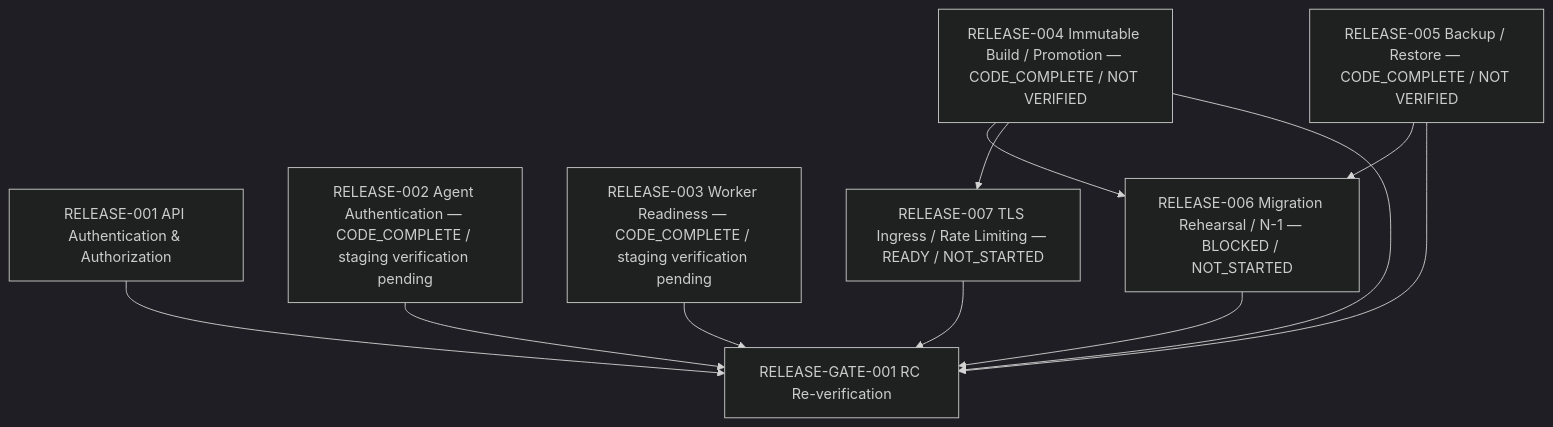
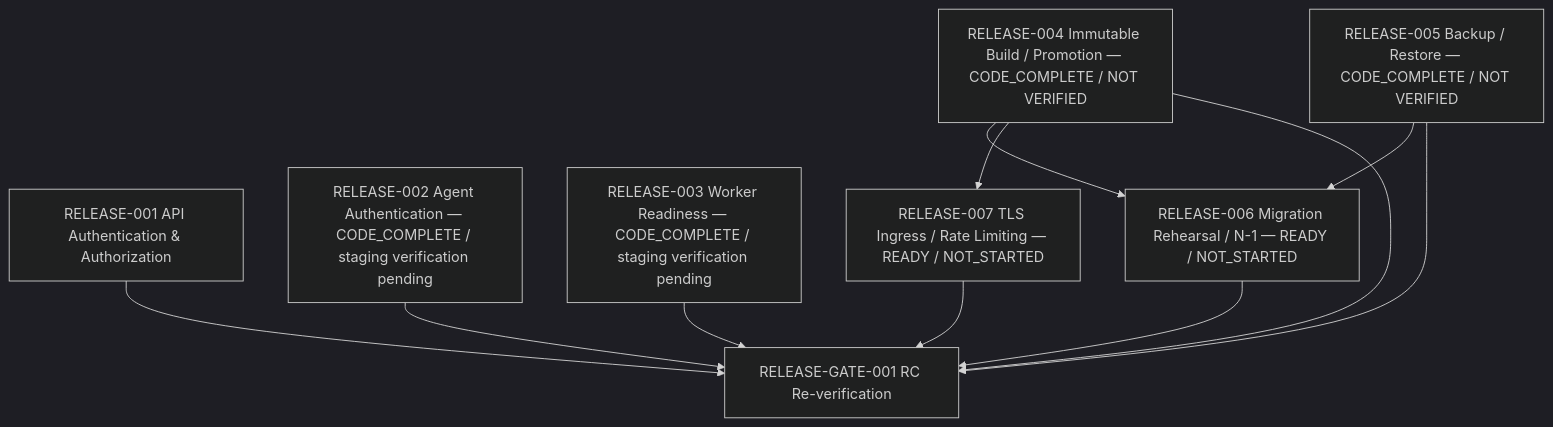
Before and after one commit to duclee9x/itcenter: the diagram in docs/release/RELEASE_DEPENDENCY_GRAPH.md, drawn with Mermaid (dark theme). The commit also changed other lines of this file and 9 other files, not shown here.

Commit message:
Complete RELEASE-006 migration compatibility contract

````diff
--- a/docs/release/RELEASE_DEPENDENCY_GRAPH.md
+++ b/docs/release/RELEASE_DEPENDENCY_GRAPH.md
@@ -6,23 +6,23 @@
 ```mermaid
 flowchart TD
   R001[RELEASE-001 API Authentication & Authorization]
   R002[RELEASE-002 Agent Authentication — CODE_COMPLETE / staging verification pending]
   R003[RELEASE-003 Worker Readiness — CODE_COMPLETE / staging verification pending]
   R004[RELEASE-004 Immutable Build / Promotion — CODE_COMPLETE / NOT VERIFIED]
   R005[RELEASE-005 Backup / Restore — CODE_COMPLETE / NOT VERIFIED]
-  R006[RELEASE-006 Migration Rehearsal / N-1 — BLOCKED / NOT_STARTED]
+  R006[RELEASE-006 Migration Rehearsal / N-1 — READY / NOT_STARTED]
   R007[RELEASE-007 TLS Ingress / Rate Limiting — READY / NOT_STARTED]
   G001[RELEASE-GATE-001 RC Re-verification]
 
   R004 --> R006
   R005 --> R006
   R004 --> R007
 
   R001 --> G001
   R002 --> G001
   R003 --> G001
   R004 --> G001
   R005 --> G001
   R006 --> G001
   R007 --> G001
 ```
````
